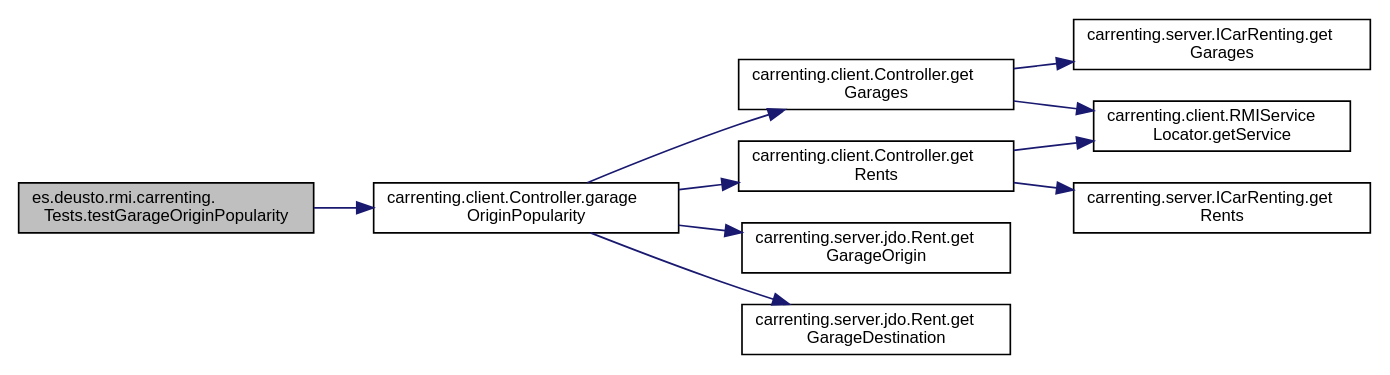
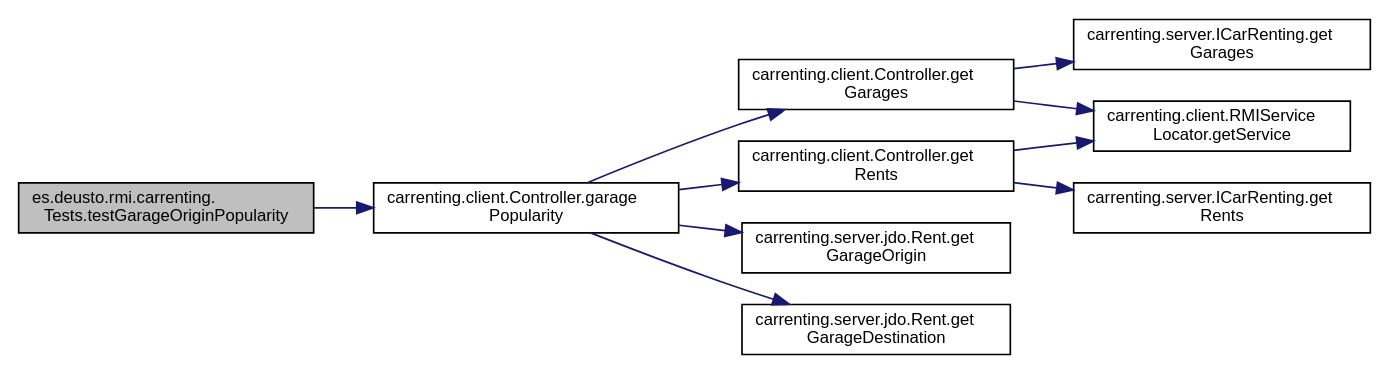
One commit to BSPQ18-19/BSPQ19-E4 changed the diagram in docs/classes_1_1deusto_1_1rmi_1_1carrenting_1_1_tests_a74d971547bb970852d80678b2004b0f5_cgraph.dot. Above: the diagram before and after it, drawn with Graphviz. The commit also changed 407 other files, not shown here.

```diff
--- a/docs/classes_1_1deusto_1_1rmi_1_1carrenting_1_1_tests_a74d971547bb970852d80678b2004b0f5_cgraph.dot
+++ b/docs/classes_1_1deusto_1_1rmi_1_1carrenting_1_1_tests_a74d971547bb970852d80678b2004b0f5_cgraph.dot
@@ -1,25 +1,25 @@
 digraph "es.deusto.rmi.carrenting.Tests.testGarageOriginPopularity"
 {
  // LATEX_PDF_SIZE
   edge [fontname="Helvetica",fontsize="10",labelfontname="Helvetica",labelfontsize="10"];
   node [fontname="Helvetica",fontsize="10",shape=record];
   rankdir="LR";
-  Node47 [label="es.deusto.rmi.carrenting.\lTests.testGarageOriginPopularity",height=0.2,width=0.4,color="black", fillcolor="grey75", style="filled", fontcolor="black",tooltip=" "];
-  Node47 -> Node48 [color="midnightblue",fontsize="10",style="solid",fontname="Helvetica"];
-  Node48 [label="carrenting.client.Controller.garage\lOriginPopularity",height=0.2,width=0.4,color="black", fillcolor="white", style="filled",URL="$classcarrenting_1_1client_1_1_controller.html#a26fcc1a9b0108dc2283436a34db76c30",tooltip=" "];
+  Node43 [label="es.deusto.rmi.carrenting.\lTests.testGarageOriginPopularity",height=0.2,width=0.4,color="black", fillcolor="grey75", style="filled", fontcolor="black",tooltip=" "];
+  Node43 -> Node44 [color="midnightblue",fontsize="10",style="solid",fontname="Helvetica"];
+  Node44 [label="carrenting.client.Controller.garage\lPopularity",height=0.2,width=0.4,color="black", fillcolor="white", style="filled",URL="$classcarrenting_1_1client_1_1_controller.html#a044f90f28e7b5b5de74efa32c4640b4b",tooltip=" "];
+  Node44 -> Node45 [color="midnightblue",fontsize="10",style="solid",fontname="Helvetica"];
+  Node45 [label="carrenting.client.Controller.get\lGarages",height=0.2,width=0.4,color="black", fillcolor="white", style="filled",URL="$classcarrenting_1_1client_1_1_controller.html#a38355c55fd14b445cbc7e420a5c36fa7",tooltip=" "];
+  Node45 -> Node46 [color="midnightblue",fontsize="10",style="solid",fontname="Helvetica"];
+  Node46 [label="carrenting.client.RMIService\lLocator.getService",height=0.2,width=0.4,color="black", fillcolor="white", style="filled",URL="$classcarrenting_1_1client_1_1_r_m_i_service_locator.html#a0ac0c6fa2786c97632c927749a53237c",tooltip=" "];
+  Node45 -> Node47 [color="midnightblue",fontsize="10",style="solid",fontname="Helvetica"];
+  Node47 [label="carrenting.server.ICarRenting.get\lGarages",height=0.2,width=0.4,color="black", fillcolor="white", style="filled",URL="$interfacecarrenting_1_1server_1_1_i_car_renting.html#a3192598ccc120a739ca168df03c23681",tooltip=" "];
+  Node44 -> Node48 [color="midnightblue",fontsize="10",style="solid",fontname="Helvetica"];
+  Node48 [label="carrenting.client.Controller.get\lRents",height=0.2,width=0.4,color="black", fillcolor="white", style="filled",URL="$classcarrenting_1_1client_1_1_controller.html#a4ba12c757900989ed2755f9924410a4b",tooltip=" "];
+  Node48 -> Node46 [color="midnightblue",fontsize="10",style="solid",fontname="Helvetica"];
   Node48 -> Node49 [color="midnightblue",fontsize="10",style="solid",fontname="Helvetica"];
-  Node49 [label="carrenting.client.Controller.get\lGarages",height=0.2,width=0.4,color="black", fillcolor="white", style="filled",URL="$classcarrenting_1_1client_1_1_controller.html#a38355c55fd14b445cbc7e420a5c36fa7",tooltip=" "];
-  Node49 -> Node50 [color="midnightblue",fontsize="10",style="solid",fontname="Helvetica"];
-  Node50 [label="carrenting.client.RMIService\lLocator.getService",height=0.2,width=0.4,color="black", fillcolor="white", style="filled",URL="$classcarrenting_1_1client_1_1_r_m_i_service_locator.html#a0ac0c6fa2786c97632c927749a53237c",tooltip=" "];
-  Node49 -> Node51 [color="midnightblue",fontsize="10",style="solid",fontname="Helvetica"];
-  Node51 [label="carrenting.server.ICarRenting.get\lGarages",height=0.2,width=0.4,color="black", fillcolor="white", style="filled",URL="$interfacecarrenting_1_1server_1_1_i_car_renting.html#a3192598ccc120a739ca168df03c23681",tooltip=" "];
-  Node48 -> Node52 [color="midnightblue",fontsize="10",style="solid",fontname="Helvetica"];
-  Node52 [label="carrenting.client.Controller.get\lRents",height=0.2,width=0.4,color="black", fillcolor="white", style="filled",URL="$classcarrenting_1_1client_1_1_controller.html#a4ba12c757900989ed2755f9924410a4b",tooltip=" "];
-  Node52 -> Node50 [color="midnightblue",fontsize="10",style="solid",fontname="Helvetica"];
-  Node52 -> Node53 [color="midnightblue",fontsize="10",style="solid",fontname="Helvetica"];
-  Node53 [label="carrenting.server.ICarRenting.get\lRents",height=0.2,width=0.4,color="black", fillcolor="white", style="filled",URL="$interfacecarrenting_1_1server_1_1_i_car_renting.html#a314ae8f7230cca5469932eb3034d5c49",tooltip=" "];
-  Node48 -> Node54 [color="midnightblue",fontsize="10",style="solid",fontname="Helvetica"];
-  Node54 [label="carrenting.server.jdo.Rent.get\lGarageOrigin",height=0.2,width=0.4,color="black", fillcolor="white", style="filled",URL="$classcarrenting_1_1server_1_1jdo_1_1_rent.html#a2ec000cdd1156e64c50277541ad95f6a",tooltip=" "];
-  Node48 -> Node55 [color="midnightblue",fontsize="10",style="solid",fontname="Helvetica"];
-  Node55 [label="carrenting.server.jdo.Rent.get\lGarageDestination",height=0.2,width=0.4,color="black", fillcolor="white", style="filled",URL="$classcarrenting_1_1server_1_1jdo_1_1_rent.html#a977c1c0516e78d672da939d76b3a28c9",tooltip=" "];
+  Node49 [label="carrenting.server.ICarRenting.get\lRents",height=0.2,width=0.4,color="black", fillcolor="white", style="filled",URL="$interfacecarrenting_1_1server_1_1_i_car_renting.html#a314ae8f7230cca5469932eb3034d5c49",tooltip=" "];
+  Node44 -> Node50 [color="midnightblue",fontsize="10",style="solid",fontname="Helvetica"];
+  Node50 [label="carrenting.server.jdo.Rent.get\lGarageOrigin",height=0.2,width=0.4,color="black", fillcolor="white", style="filled",URL="$classcarrenting_1_1server_1_1jdo_1_1_rent.html#a2ec000cdd1156e64c50277541ad95f6a",tooltip=" "];
+  Node44 -> Node51 [color="midnightblue",fontsize="10",style="solid",fontname="Helvetica"];
+  Node51 [label="carrenting.server.jdo.Rent.get\lGarageDestination",height=0.2,width=0.4,color="black", fillcolor="white", style="filled",URL="$classcarrenting_1_1server_1_1jdo_1_1_rent.html#a977c1c0516e78d672da939d76b3a28c9",tooltip=" "];
 }
```
